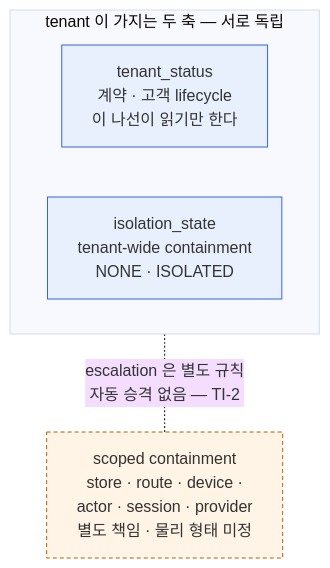
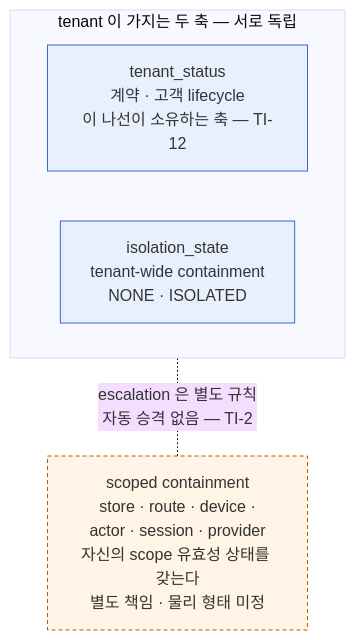
The first of 8 diagrams in docs/600000_implementation_lifecycle/601900_tenant_isolation_axis_v2/601905_Diagram_Tenant_Isolation_Axis_Model.md (mirunubi/yoonsul_wait_order_handoff), drawn with Mermaid (base theme) before and after one commit. The commit also changed other lines of this file, not shown here.

````diff
--- a/docs/600000_implementation_lifecycle/601900_tenant_isolation_axis_v2/601905_Diagram_Tenant_Isolation_Axis_Model.md
+++ b/docs/600000_implementation_lifecycle/601900_tenant_isolation_axis_v2/601905_Diagram_Tenant_Isolation_Axis_Model.md
@@ -69,17 +66,17 @@
 ```mermaid
 flowchart TB
   subgraph AXIS["tenant 이 가지는 두 축 — 서로 독립"]
     direction LR
-    TS["tenant_status<br/>계약 · 고객 lifecycle<br/>이 나선이 읽기만 한다"]
+    TS["tenant_status<br/>계약 · 고객 lifecycle<br/>이 나선이 소유하는 축 — TI-12"]
     IS["isolation_state<br/>tenant-wide containment<br/>NONE · ISOLATED"]
   end
 
-  SC["scoped containment<br/>store · route · device ·<br/>actor · session · provider<br/>별도 책임 · 물리 형태 미정"]
+  SC["scoped containment<br/>store · route · device ·<br/>actor · session · provider<br/>자신의 scope 유효성 상태를 갖는다<br/>별도 책임 · 물리 형태 미정"]
 
   IS -. "escalation 은 별도 규칙<br/>자동 승격 없음 — TI-2" .- SC
 
   classDef decided fill:#e8f0fe,stroke:#3367d6,stroke-width:1px
   classDef undecided fill:#fff4e5,stroke:#b06000,stroke-width:1px,stroke-dasharray:4 3
   class TS,IS decided
   class SC undecided
 ```
````
